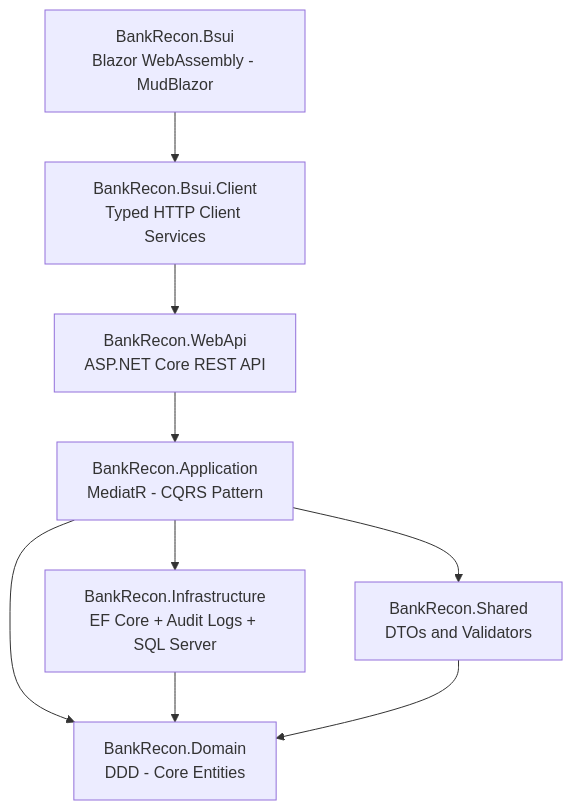
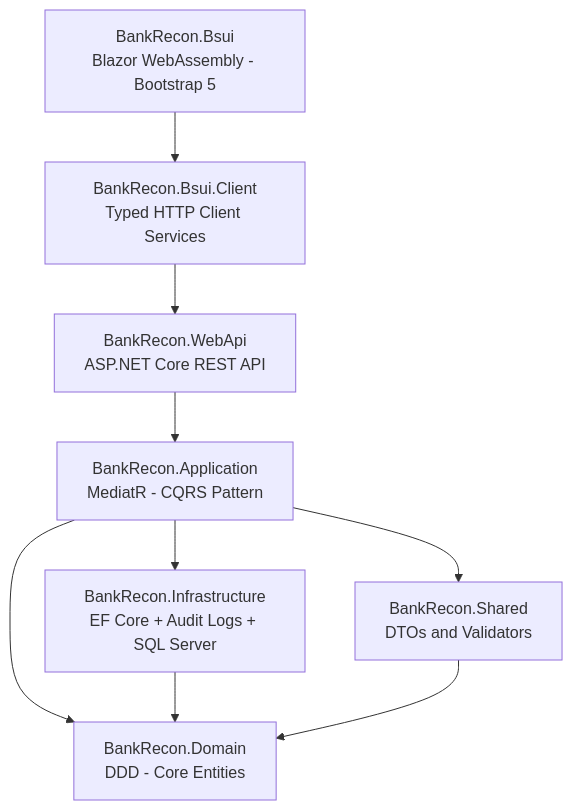
Before and after one commit to mikeKharisma28/BankRecon: the diagram in README.md, drawn with Mermaid. The commit also changed other lines of this file and 31 other files, not shown here.

Commit message:
Updated Bsui layer from MudBlazor to Bootstrap

````diff
--- a/README.md
+++ b/README.md
@@ -26,11 +28,11 @@
 ```mermaid
 graph TD;
-    A["BankRecon.Bsui\nBlazor WebAssembly - MudBlazor"] --> B["BankRecon.Bsui.Client\nTyped HTTP Client Services"];
+    A["BankRecon.Bsui\nBlazor WebAssembly - Bootstrap 5"] --> B["BankRecon.Bsui.Client\nTyped HTTP Client Services"];
     B --> C["BankRecon.WebApi\nASP.NET Core REST API"];
     C --> D["BankRecon.Application\nMediatR - CQRS Pattern"];
     D --> E["BankRecon.Domain\nDDD - Core Entities"];
     D --> F["BankRecon.Shared\nDTOs and Validators"];
     D --> G["BankRecon.Infrastructure\nEF Core + Audit Logs + SQL Server"];
     G --> E;
     F --> E;
 ```
````
